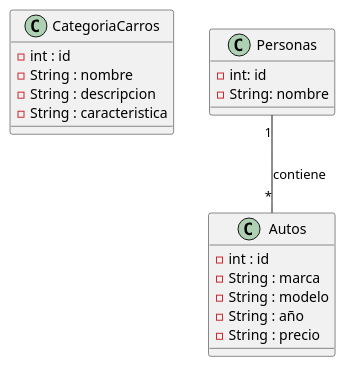
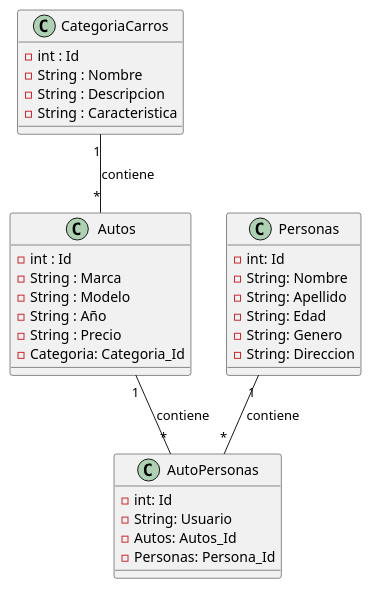
The diagram in MR.wsd (DayanaMendess/corte21081393124), drawn with PlantUML before and after one commit. The commit also changed 2 other files, not shown here.

```diff
--- a/MR.wsd
+++ b/MR.wsd
@@ -1,24 +1,39 @@
 @startuml
 
 class CategoriaCarros{
-    - int : id
-    - String : nombre
-    - String : descripcion
-    - String : caracteristica
+    - int : Id
+    - String : Nombre
+    - String : Descripcion
+    - String : Caracteristica
     
 }
 
 class Autos{
-    - int : id
-    - String : marca
-    - String : modelo
-    - String : año
-    - String : precio
-}
-class Personas{
-    - int: id
-    -String: nombre
+    - int : Id
+    - String : Marca
+    - String : Modelo
+    - String : Año
+    - String : Precio
+    - Categoria: Categoria_Id
 }
 
-Personas "1" -- "*" Autos : contiene
+class Personas{
+    - int: Id
+    - String: Nombre
+    - String: Apellido
+    - String: Edad 
+    - String: Genero 
+    - String: Direccion
+}
+
+class AutoPersonas{
+    - int: Id 
+    - String: Usuario
+    - Autos: Autos_Id
+    - Personas: Persona_Id
+}
+
+CategoriaCarros "1" -- "*" Autos : contiene
+Personas "1" -- "*" AutoPersonas : contiene
+Autos "1" -- "*" AutoPersonas : contiene 
 @enduml
```
